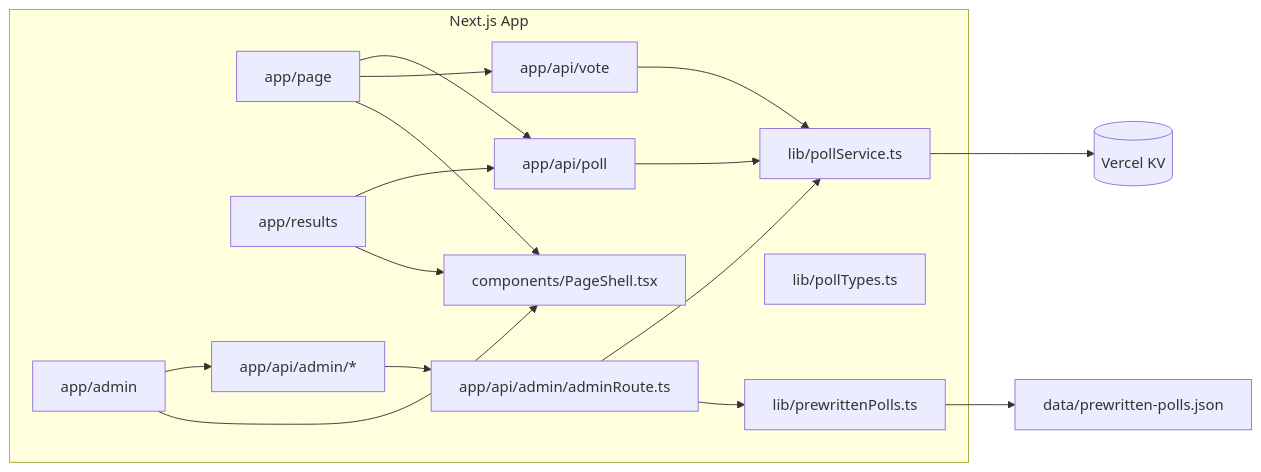
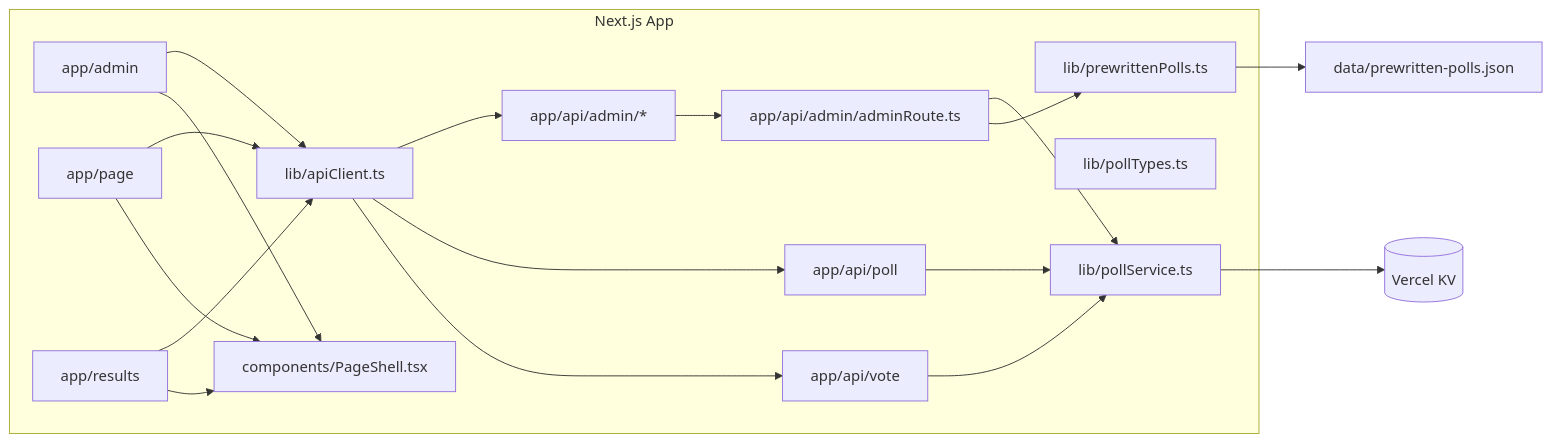
One commit to grp06/live-polling changed the second of 2 diagrams in ARCHITECTURE.md. Above: the diagram before and after it, drawn with Mermaid. The commit also changed other lines of this file and 1 other file, not shown here.

Commit message:
Update architecture for client fetch helper

````diff
--- a/ARCHITECTURE.md
+++ b/ARCHITECTURE.md
@@ -88,30 +94,33 @@
 ```mermaid
 flowchart LR
   subgraph NextApp[Next.js App]
     AdminUI2[app/admin]
     AttendeeUI2[app/page]
     ResultsUI2[app/results]
+    ApiClient2[lib/apiClient.ts]
     AdminAPI2[app/api/admin/*]
     AdminRoute2[app/api/admin/adminRoute.ts]
     PollAPI2[app/api/poll]
     VoteAPI2[app/api/vote]
     PollService2[lib/pollService.ts]
     PollTypes2[lib/pollTypes.ts]
     Presets2[lib/prewrittenPolls.ts]
     PageShell2[components/PageShell.tsx]
   end
-  AdminUI2 --> AdminAPI2
+  AdminUI2 --> ApiClient2
+  AttendeeUI2 --> ApiClient2
+  ResultsUI2 --> ApiClient2
+  ApiClient2 --> AdminAPI2
+  ApiClient2 --> PollAPI2
+  ApiClient2 --> VoteAPI2
   AdminAPI2 --> AdminRoute2
-  AttendeeUI2 --> PollAPI2
-  AttendeeUI2 --> VoteAPI2
-  ResultsUI2 --> PollAPI2
   AdminUI2 --> PageShell2
   AttendeeUI2 --> PageShell2
   ResultsUI2 --> PageShell2
   AdminRoute2 --> PollService2
   PollAPI2 --> PollService2
   VoteAPI2 --> PollService2
   PollService2 --> KV2[(Vercel KV)]
   AdminRoute2 --> Presets2
   Presets2 --> JSONFile[data/prewritten-polls.json]
 ```
````
